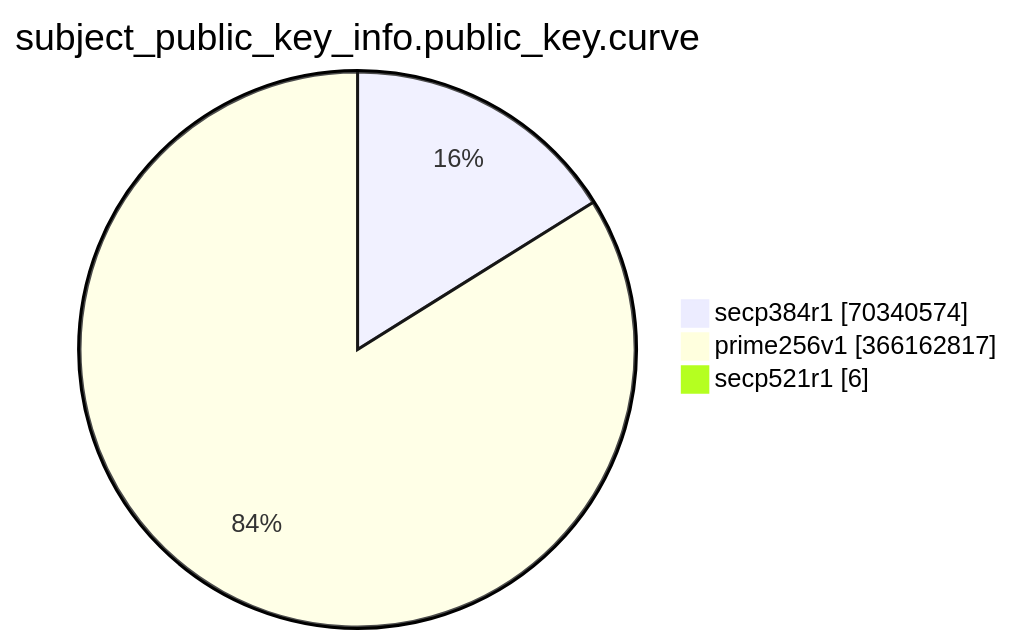
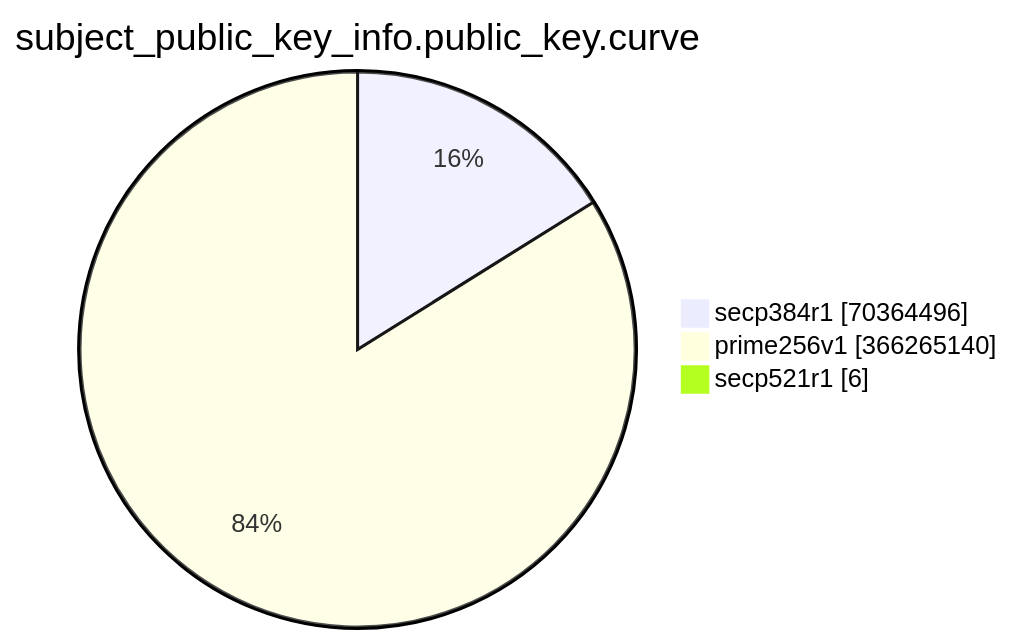
One commit to christiankrug/ctmonitor_visualization changed the eighth of 15 diagrams in TOTAL/README.md. Above: the diagram before and after it, drawn with Mermaid. The commit also changed other lines of this file, not shown here.

````diff
--- a/TOTAL/README.md
+++ b/TOTAL/README.md
@@ -3093,7 +3093,7 @@
 ```mermaid
 pie showData
 title subject_public_key_info.public_key.curve
-"secp384r1" :70340574
-"prime256v1" :366162817
+"secp384r1" :70364496
+"prime256v1" :366265140
 "secp521r1" :6
 ```
````
